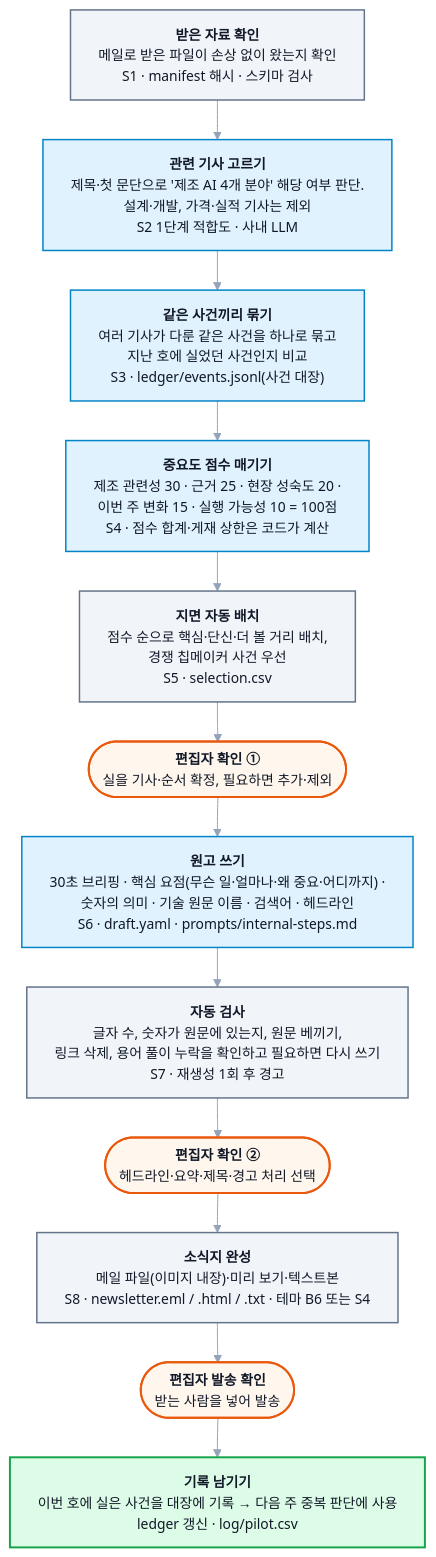
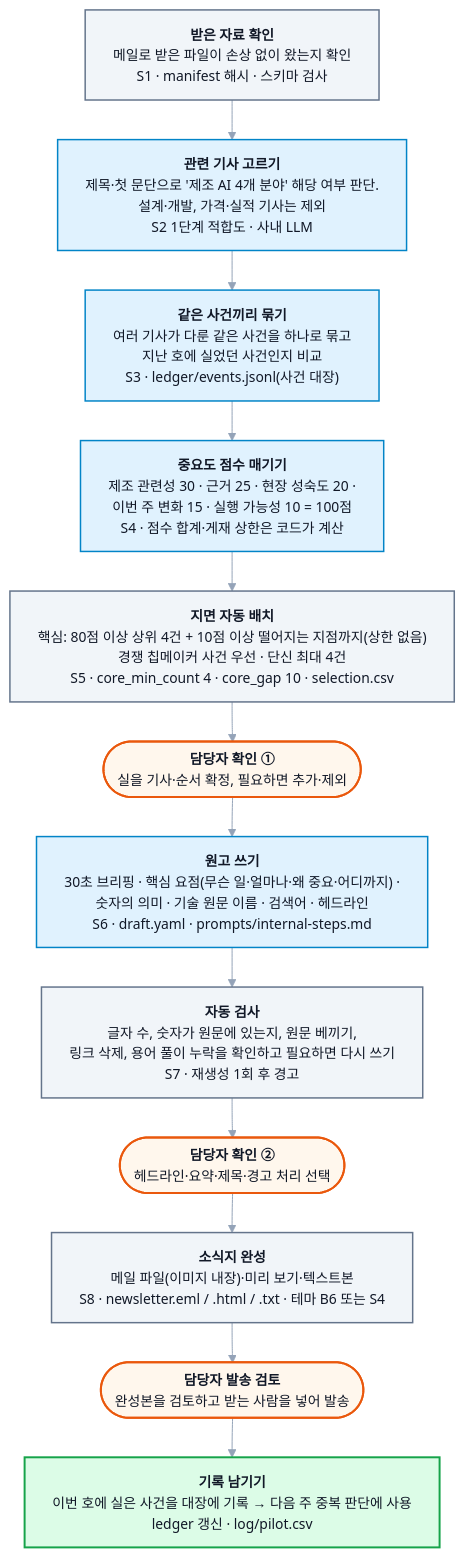
One commit to Hodong305/axpi_weekly_report changed the diagram in docs/process/03-edit-publish.mmd. Above: the diagram before and after it, drawn with Mermaid. The commit also changed 10 other files, not shown here.

```diff
--- a/docs/process/03-edit-publish.mmd
+++ b/docs/process/03-edit-publish.mmd
@@ -1,20 +1,20 @@
 %%{init: {"theme":"base","flowchart":{"htmlLabels":true,"curve":"basis","nodeSpacing":30,"rankSpacing":40,"wrappingWidth":420,"padding":14},"themeVariables":{"fontSize":"14px","primaryTextColor":"#111827","lineColor":"#94a3b8"},"themeCSS":".g{color:#6b7280 !important;font-size:12.5px;font-weight:normal} .t{color:#c2410c !important;font-size:11.5px;font-family:Menlo,Consolas,monospace;font-weight:normal} .nodeLabel b{font-size:15px} .cluster-label .nodeLabel{font-weight:bold;font-size:15px;color:#334155}"}}%%
 flowchart TD
     I1["<b>받은 자료 확인</b><br/><span class='g'>메일로 받은 파일이 손상 없이 왔는지 확인</span><br/><span class='t'>S1 · manifest 해시 · 스키마 검사</span>"]:::auto
     I2["<b>관련 기사 고르기</b><br/><span class='g'>제목·첫 문단으로 '제조 AI 4개 분야' 해당 여부 판단.<br/>설계·개발, 가격·실적 기사는 제외</span><br/><span class='t'>S2 1단계 적합도 · 사내 LLM</span>"]:::ai
     I3["<b>같은 사건끼리 묶기</b><br/><span class='g'>여러 기사가 다룬 같은 사건을 하나로 묶고<br/>지난 호에 실었던 사건인지 비교</span><br/><span class='t'>S3 · ledger/events.jsonl(사건 대장)</span>"]:::ai
     I4["<b>중요도 점수 매기기</b><br/><span class='g'>제조 관련성 30 · 근거 25 · 현장 성숙도 20 ·<br/>이번 주 변화 15 · 실행 가능성 10 = 100점</span><br/><span class='t'>S4 · 점수 합계·게재 상한은 코드가 계산</span>"]:::ai
-    I5["<b>지면 자동 배치</b><br/><span class='g'>점수 순으로 핵심·단신·더 볼 거리 배치,<br/>경쟁 칩메이커 사건 우선</span><br/><span class='t'>S5 · selection.csv</span>"]:::auto
-    R1(["<b>편집자 확인 ①</b><br/><span class='g'>실을 기사·순서 확정, 필요하면 추가·제외</span>"]):::human
+    I5["<b>지면 자동 배치</b><br/><span class='g'>핵심: 80점 이상 상위 4건 + 10점 이상 떨어지는 지점까지(상한 없음)<br/>경쟁 칩메이커 사건 우선 · 단신 최대 4건</span><br/><span class='t'>S5 · core_min_count 4 · core_gap 10 · selection.csv</span>"]:::auto
+    R1(["<b>담당자 확인 ①</b><br/><span class='g'>실을 기사·순서 확정, 필요하면 추가·제외</span>"]):::human
     I6["<b>원고 쓰기</b><br/><span class='g'>30초 브리핑 · 핵심 요점(무슨 일·얼마나·왜 중요·어디까지) ·<br/>숫자의 의미 · 기술 원문 이름 · 검색어 · 헤드라인</span><br/><span class='t'>S6 · draft.yaml · prompts/internal-steps.md</span>"]:::ai
     I7["<b>자동 검사</b><br/><span class='g'>글자 수, 숫자가 원문에 있는지, 원문 베끼기,<br/>링크 삭제, 용어 풀이 누락을 확인하고 필요하면 다시 쓰기</span><br/><span class='t'>S7 · 재생성 1회 후 경고</span>"]:::auto
-    R2(["<b>편집자 확인 ②</b><br/><span class='g'>헤드라인·요약·제목·경고 처리 선택</span>"]):::human
+    R2(["<b>담당자 확인 ②</b><br/><span class='g'>헤드라인·요약·제목·경고 처리 선택</span>"]):::human
     I8["<b>소식지 완성</b><br/><span class='g'>메일 파일(이미지 내장)·미리 보기·텍스트본</span><br/><span class='t'>S8 · newsletter.eml / .html / .txt · 테마 B6 또는 S4</span>"]:::auto
-    R3(["<b>편집자 발송 확인</b><br/><span class='g'>받는 사람을 넣어 발송</span>"]):::human
+    R3(["<b>담당자 발송 검토</b><br/><span class='g'>완성본을 검토하고 받는 사람을 넣어 발송</span>"]):::human
     I9["<b>기록 남기기</b><br/><span class='g'>이번 호에 실은 사건을 대장에 기록 → 다음 주 중복 판단에 사용</span><br/><span class='t'>ledger 갱신 · log/pilot.csv</span>"]:::out
     I1 --> I2 --> I3 --> I4 --> I5 --> R1 --> I6 --> I7 --> R2 --> I8 --> R3 --> I9
     classDef ai fill:#e0f2fe,stroke:#0284c7,stroke-width:1.5px
     classDef auto fill:#f1f5f9,stroke:#64748b,stroke-width:1.5px
     classDef human fill:#fff7ed,stroke:#ea580c,stroke-width:2px
     classDef out fill:#dcfce7,stroke:#16a34a,stroke-width:2px
     classDef sg fill:#ffffff,stroke:#cbd5e1,stroke-width:1px
```
